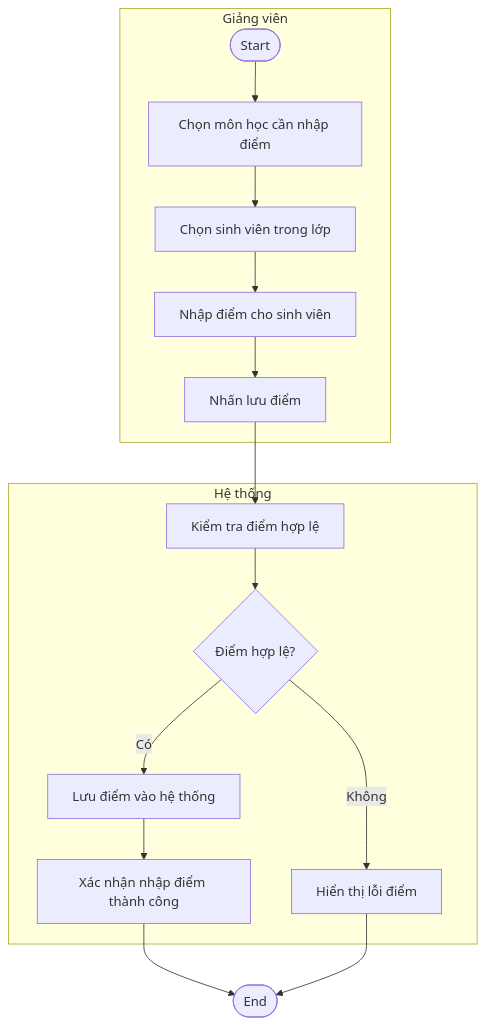
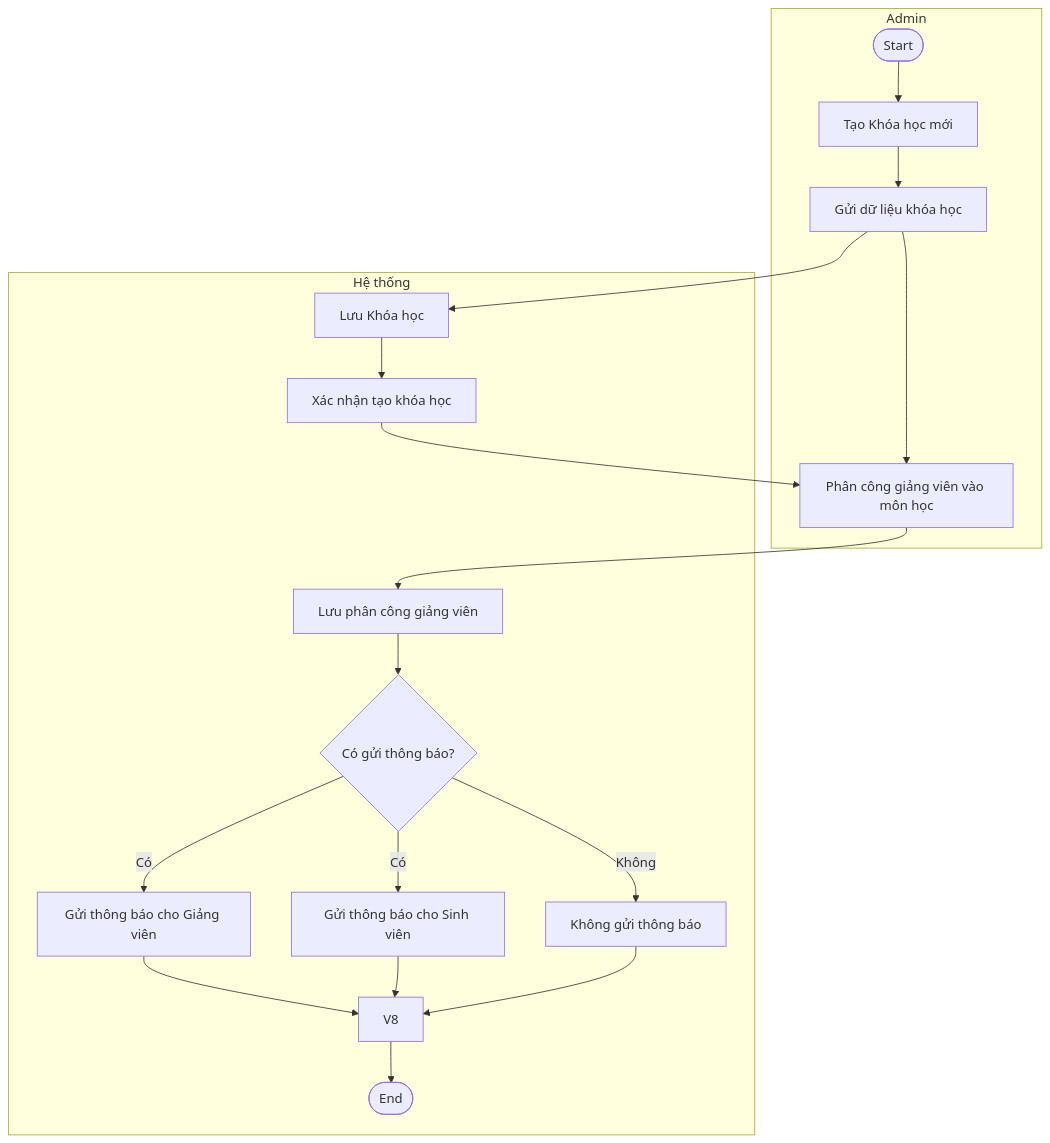
Before and after one commit to barotoichoi/PTTKHT-Group3: the fourth of 4 diagrams in Activity_Diagram.md, drawn with Mermaid. The commit also changed other lines of this file, not shown here.

Commit message:
Cập nhật 4 biểu đồ Activity Diagram theo yêu cầu

````diff
--- a/Activity_Diagram.md
+++ b/Activity_Diagram.md
@@ -138,20 +86,23 @@
 ```mermaid
 flowchart TB
-    subgraph User [Giảng viên]
-        A([Start]) --> B[Chọn môn học cần nhập điểm]
-        B --> C[Chọn sinh viên trong lớp]
-        C --> D[Nhập điểm cho sinh viên]
-        D --> E[Nhấn lưu điểm]
+    subgraph Admin[Admin]
+        U1([Start]) --> U2[Tạo Khóa học mới]
+        U2 --> U3[Gửi dữ liệu khóa học]
+        U3 --> U4[Phân công giảng viên vào môn học]
     end
 
-    subgraph System [Hệ thống]
-        E --> F[Kiểm tra điểm hợp lệ]
-        F --> G{Điểm hợp lệ?}
-        G -- Có --> H[Lưu điểm vào hệ thống]
-        G -- Không --> I[Hiển thị lỗi điểm]
-        H --> J[Xác nhận nhập điểm thành công]
+    subgraph System[Hệ thống]
+        U3 --> V1[Lưu Khóa học]
+        V1 --> V2[Xác nhận tạo khóa học]
+        V2 --> U4
+        U4 --> V3[Lưu phân công giảng viên]
+        V3 --> V4{Có gửi thông báo?}
+        V4 -->|Có| V5[Gửi thông báo cho Giảng viên]
+        V4 -->|Có| V6[Gửi thông báo cho Sinh viên]
+        V4 -->|Không| V7[Không gửi thông báo]
+        V5 --> V8
+        V6 --> V8
+        V7 --> V8
+        V8 --> Z([End])
     end
-
-    J --> K([End])
-    I --> K
 ```
````
